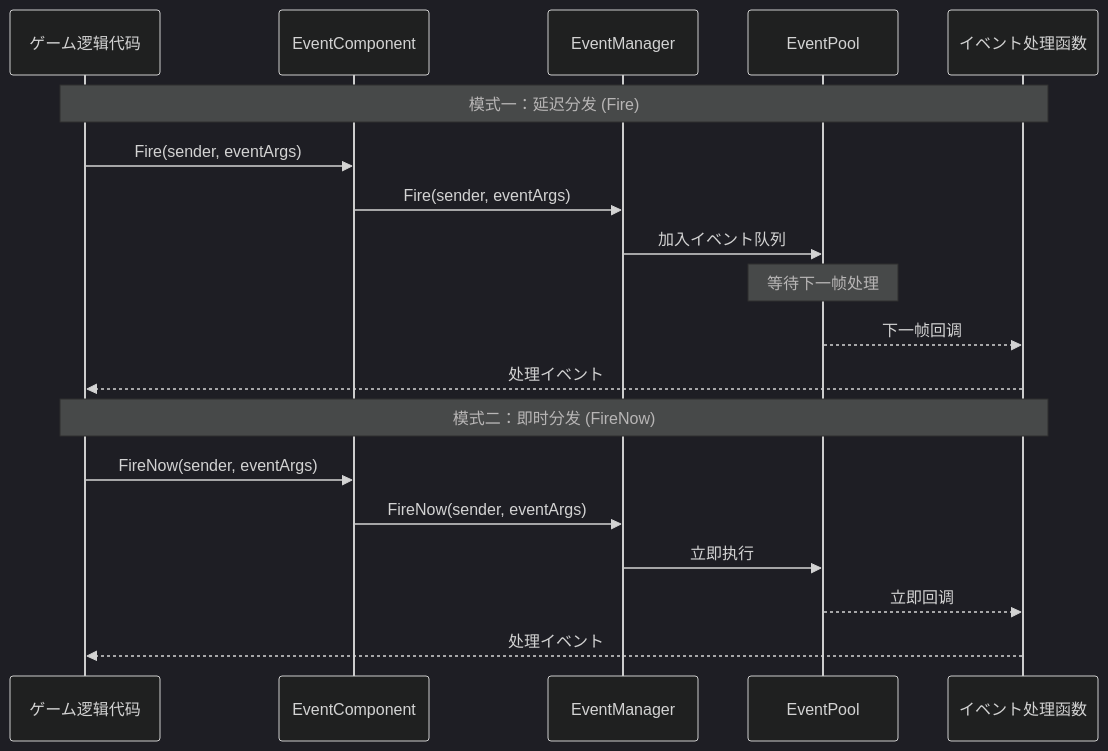
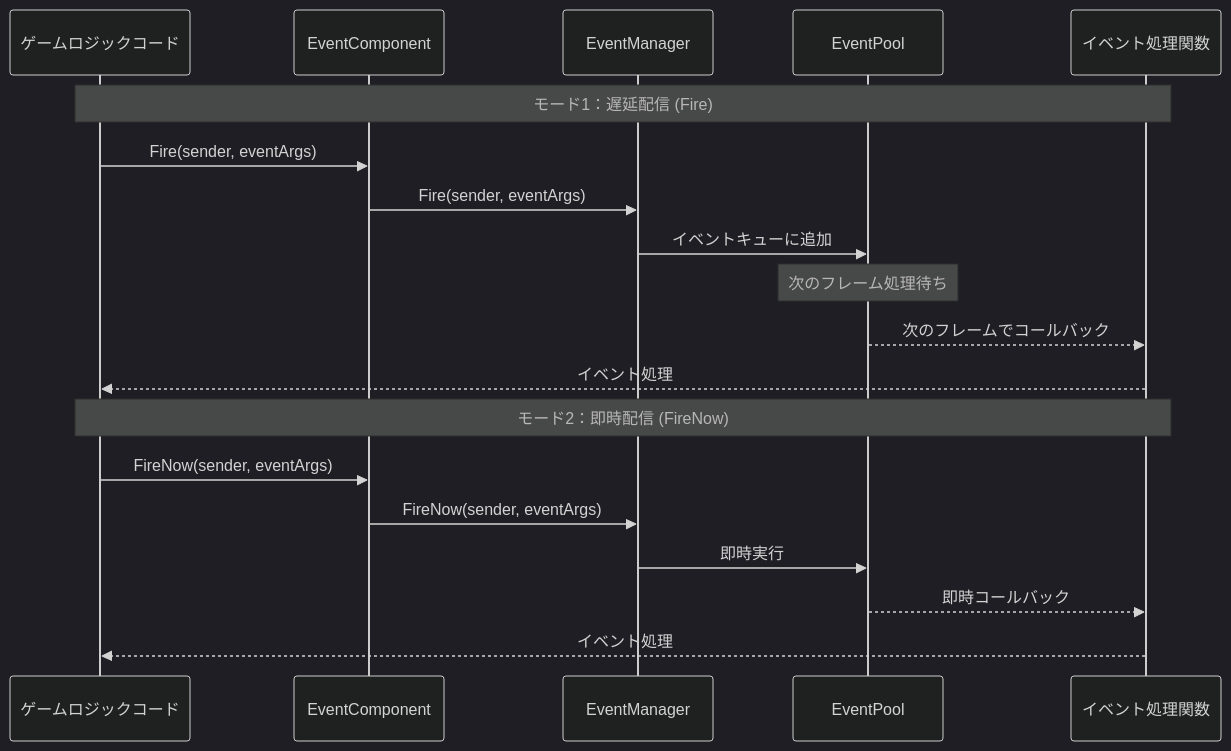
One commit to AlianBlank/GameFrameX.Docs changed the second of 3 diagrams in docs/ja/client/unity/component/event/01.overview.md. Above: the diagram before and after it, drawn with Mermaid (dark theme). The commit also changed other lines of this file and 320 other files, not shown here.

````diff
--- a/docs/ja/client/unity/component/event/01.overview.md
+++ b/docs/ja/client/unity/component/event/01.overview.md
@@ -71,23 +71,23 @@
 ```mermaid
 sequenceDiagram
-    participant Game as ゲーム逻辑代码
+    participant Game as ゲームロジックコード
     participant EC as EventComponent
     participant EM as EventManager
     participant EP as EventPool
-    participant Handler as イベント处理函数
+    participant Handler as イベント処理関数
 
-    Note over Game,Handler: 模式一：延迟分发 (Fire)
+    Note over Game,Handler: モード1：遅延配信 (Fire)
     Game->>EC: Fire(sender, eventArgs)
     EC->>EM: Fire(sender, eventArgs)
-    EM->>EP: 加入イベント队列
-    Note over EP: 等待下一帧处理
-    EP-->>Handler: 下一帧回调
-    Handler-->>Game: 处理イベント
+    EM->>EP: イベントキューに追加
+    Note over EP: 次のフレーム処理待ち
+    EP-->>Handler: 次のフレームでコールバック
+    Handler-->>Game: イベント処理
 
-    Note over Game,Handler: 模式二：即时分发 (FireNow)
+    Note over Game,Handler: モード2：即時配信 (FireNow)
     Game->>EC: FireNow(sender, eventArgs)
     EC->>EM: FireNow(sender, eventArgs)
-    EM->>EP: 立即执行
-    EP-->>Handler: 立即回调
-    Handler-->>Game: 处理イベント
+    EM->>EP: 即時実行
+    EP-->>Handler: 即時コールバック
+    Handler-->>Game: イベント処理
 ```
````
